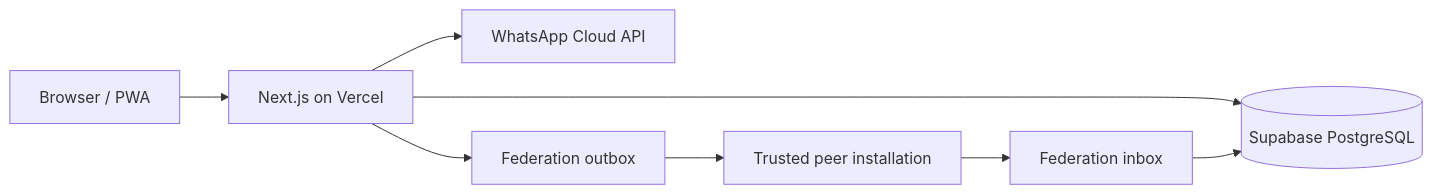
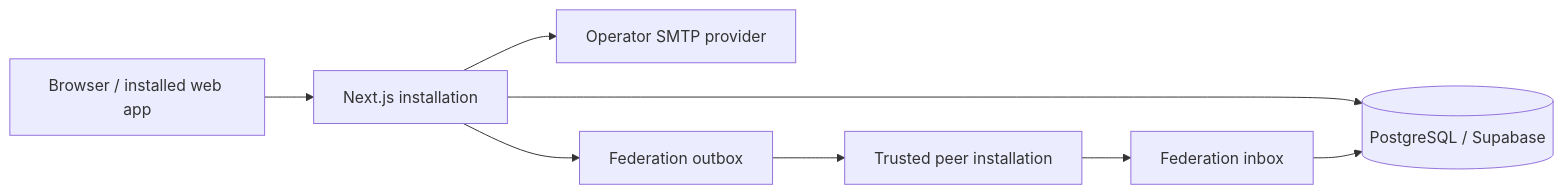
One commit to igstudija/kopienas-pieprasijumi changed the diagram in ARCHITECTURE.md. Above: the diagram before and after it, drawn with Mermaid. The commit also changed other lines of this file and 20 other files, not shown here.

````diff
--- a/ARCHITECTURE.md
+++ b/ARCHITECTURE.md
@@ -9,10 +9,10 @@
 ```mermaid
 flowchart LR
-  Browser[Browser / PWA] --> Web[Next.js on Vercel]
-  Web --> DB[(Supabase PostgreSQL)]
-  Web --> WA[WhatsApp Cloud API]
-  Web --> Outbox[Federation outbox]
-  Outbox --> Peer[Trusted peer installation]
-  Peer --> Inbox[Federation inbox]
+  Browser["Browser / installed web app"] --> Web["Next.js installation"]
+  Web --> DB[("PostgreSQL / Supabase")]
+  Web --> SMTP["Operator SMTP provider"]
+  Web --> Outbox["Federation outbox"]
+  Outbox --> Peer["Trusted peer installation"]
+  Peer --> Inbox["Federation inbox"]
   Inbox --> DB
 ```
````
